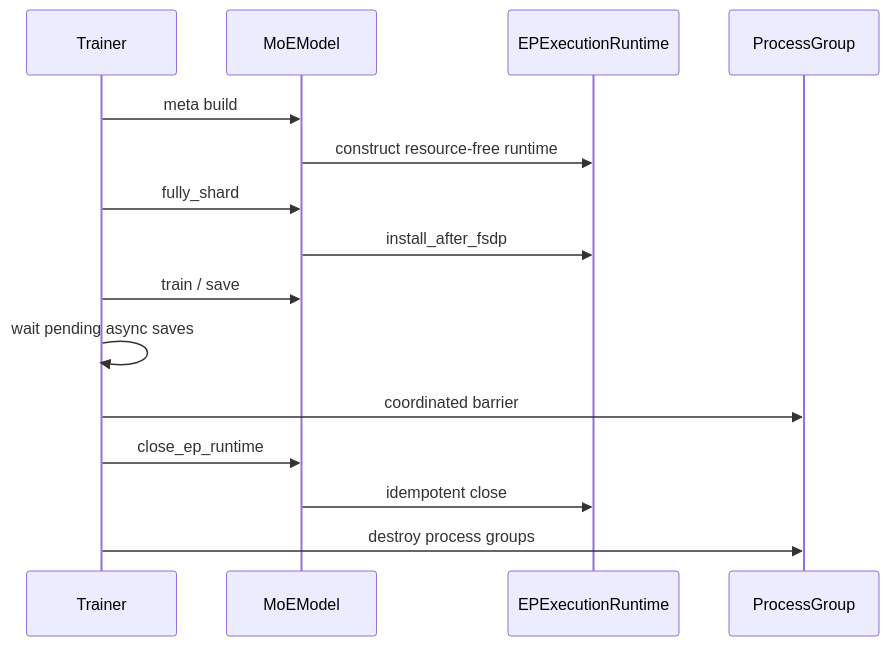
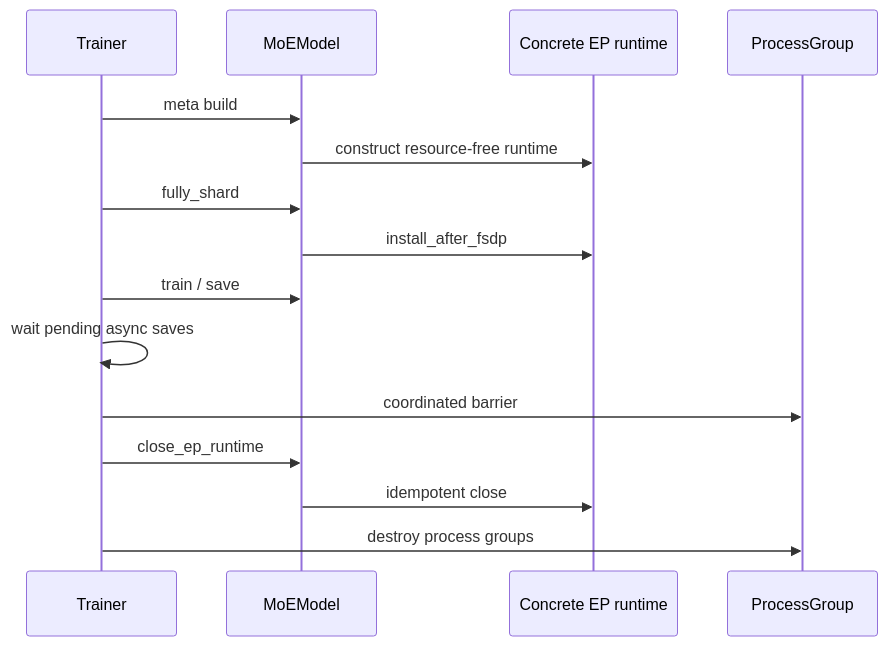
One commit to jayhenry/xtuner changed the seventh of 7 diagrams in xtuner_ep_extend.md. Above: the diagram before and after it, drawn with Mermaid. The commit also changed other lines of this file and 1 other file, not shown here.

````diff
--- a/xtuner_ep_extend.md
+++ b/xtuner_ep_extend.md
@@ -491,18 +507,18 @@
 ```mermaid
 sequenceDiagram
     participant T as Trainer
     participant M as MoEModel
-    participant R as EPExecutionRuntime
+    participant R as Concrete EP runtime
     participant P as ProcessGroup
 
     T->>M: meta build
     M->>R: construct resource-free runtime
     T->>M: fully_shard
     M->>R: install_after_fsdp
     T->>M: train / save
     T->>T: wait pending async saves
     T->>P: coordinated barrier
     T->>M: close_ep_runtime
     M->>R: idempotent close
     T->>P: destroy process groups
 ```
````
